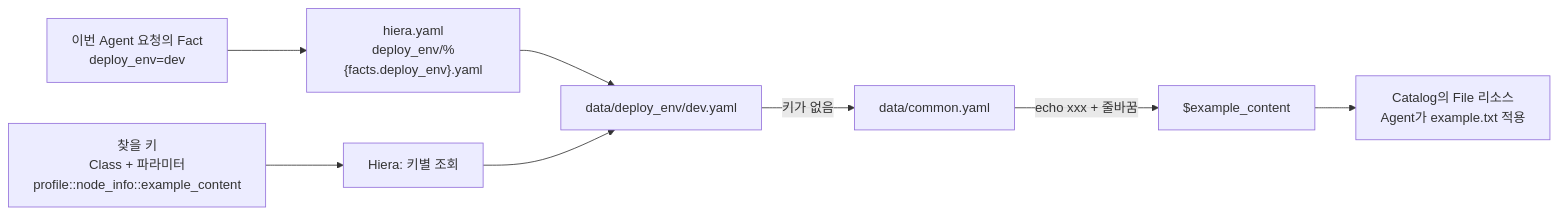
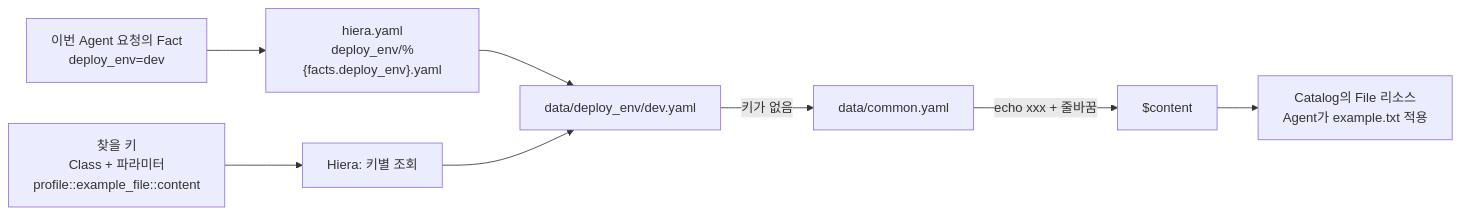
Before and after one commit to heyoon2j/y2-devops-lab: the second of 3 diagrams in foreman-puppet/docs/LOOKUP_AND_REGISTRATION.md, drawn with Mermaid. The commit also changed other lines of this file and 10 other files, not shown here.

````diff
--- a/foreman-puppet/docs/LOOKUP_AND_REGISTRATION.md
+++ b/foreman-puppet/docs/LOOKUP_AND_REGISTRATION.md
@@ -53,10 +53,10 @@
 ```mermaid
 flowchart LR
-    K["찾을 키\nClass + 파라미터\nprofile::node_info::example_content"] --> L["Hiera: 키별 조회"]
+    K["찾을 키\nClass + 파라미터\nprofile::example_file::content"] --> L["Hiera: 키별 조회"]
     F["이번 Agent 요청의 Fact\ndeploy_env=dev"] --> T["hiera.yaml\ndeploy_env/%{facts.deploy_env}.yaml"]
     T --> D["data/deploy_env/dev.yaml"]
     L --> D
     D -->|"키가 없음"| C["data/common.yaml"]
-    C -->|"echo xxx + 줄바꿈"| V["$example_content"]
+    C -->|"echo xxx + 줄바꿈"| V["$content"]
     V --> O["Catalog의 File 리소스\nAgent가 example.txt 적용"]
 ```
````
